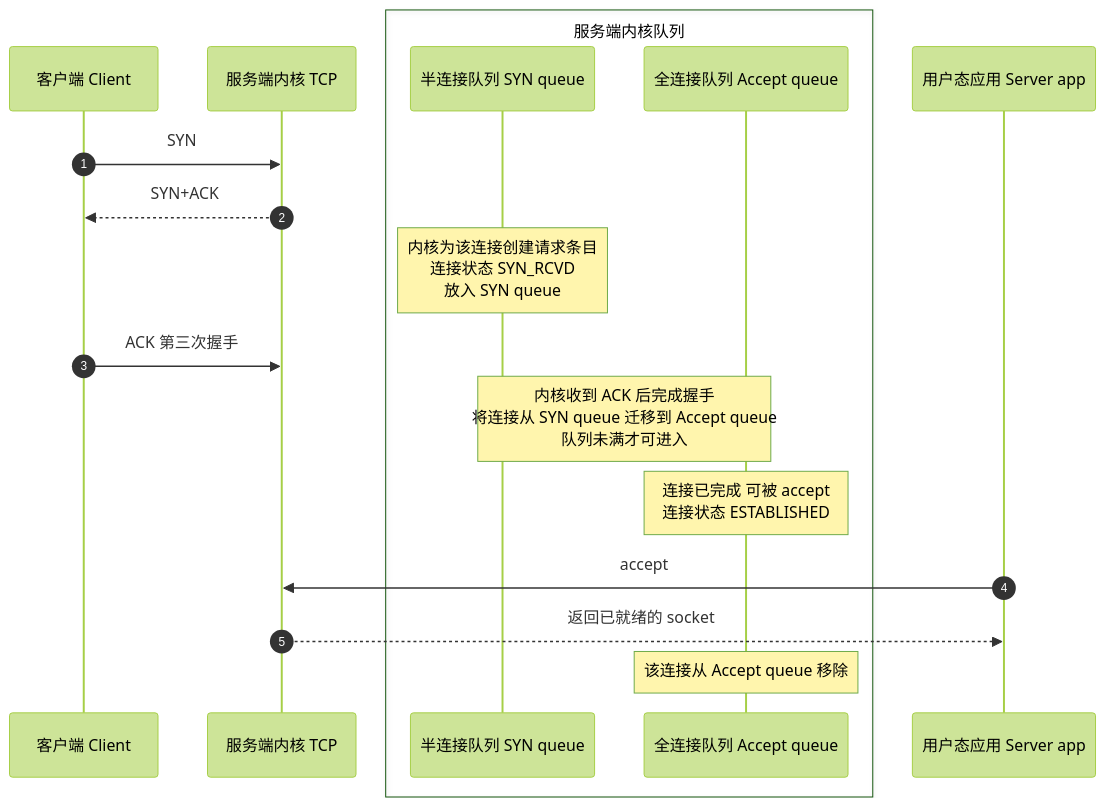
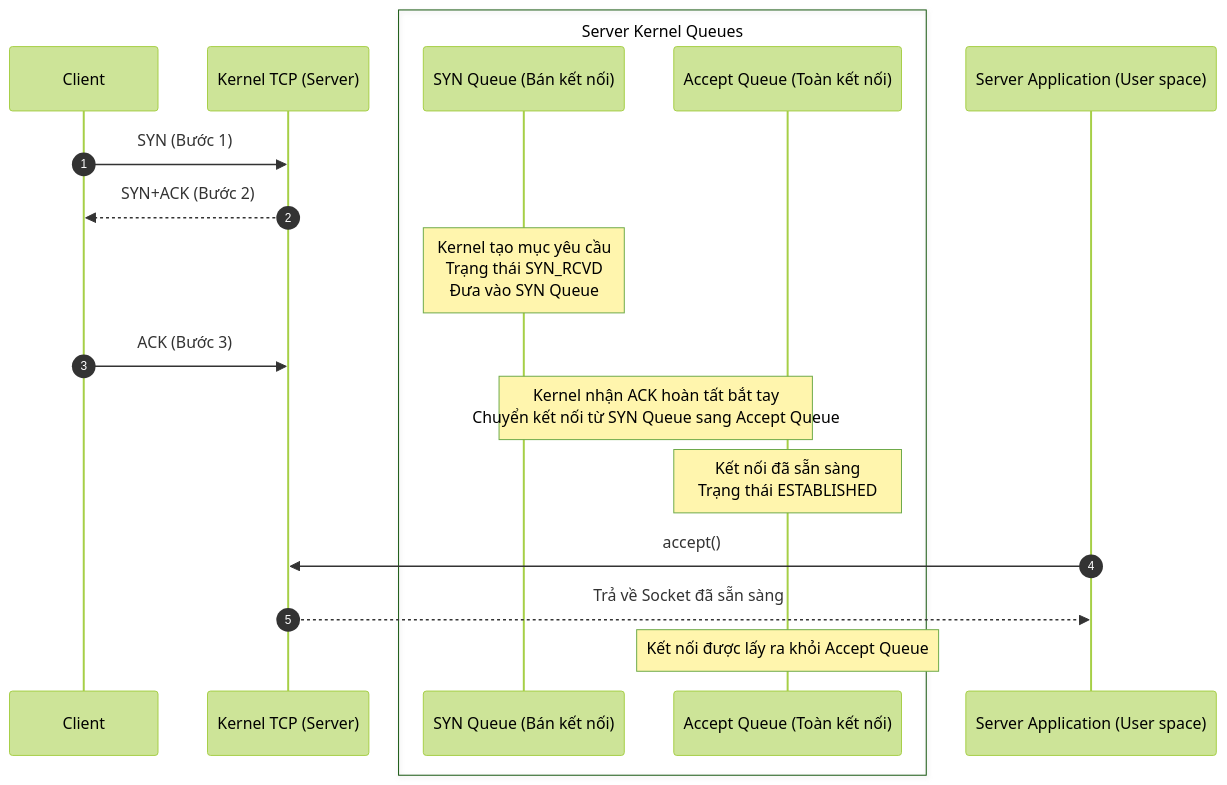
One commit to TINABJan254/test03 changed the diagram in docs/cs-basics/network/tcp-connection-and-disconnection.md. Above: the diagram before and after it, drawn with Mermaid (forest theme). The commit also changed other lines of this file and 23 other files, not shown here.

````diff
--- a/docs/cs-basics/network/tcp-connection-and-disconnection.md
+++ b/docs/cs-basics/network/tcp-connection-and-disconnection.md
@@ -44,23 +46,23 @@
 ```mermaid
 sequenceDiagram
   autonumber
-  participant C as 客户端 Client
-  participant K as 服务端内核 TCP
-  box 服务端内核队列
-    participant SQ as 半连接队列 SYN queue
-    participant AQ as 全连接队列 Accept queue
+  participant C as Client
+  participant K as Kernel TCP (Server)
+  box Server Kernel Queues
+    participant SQ as SYN Queue (Bán kết nối)
+    participant AQ as Accept Queue (Toàn kết nối)
   end
-  participant App as 用户态应用 Server app
+  participant App as Server Application (User space)
 
-  C->>K: SYN
-  K-->>C: SYN+ACK
-  Note over SQ: 内核为该连接创建请求条目<br/>连接状态 SYN_RCVD<br/>放入 SYN queue
+  C->>K: SYN (Bước 1)
+  K-->>C: SYN+ACK (Bước 2)
+  Note over SQ: Kernel tạo mục yêu cầu<br/>Trạng thái SYN_RCVD<br/>Đưa vào SYN Queue
 
-  C->>K: ACK 第三次握手
-  Note over SQ,AQ: 内核收到 ACK 后完成握手<br/>将连接从 SYN queue 迁移到 Accept queue<br/>队列未满才可进入
-  Note over AQ: 连接已完成 可被 accept<br/>连接状态 ESTABLISHED
+  C->>K: ACK (Bước 3)
+  Note over SQ,AQ: Kernel nhận ACK hoàn tất bắt tay<br/>Chuyển kết nối từ SYN Queue sang Accept Queue
+  Note over AQ: Kết nối đã sẵn sàng<br/>Trạng thái ESTABLISHED
 
-  App->>K: accept
-  K-->>App: 返回已就绪的 socket
-  Note over AQ: 该连接从 Accept queue 移除
+  App->>K: accept()
+  K-->>App: Trả về Socket đã sẵn sàng
+  Note over AQ: Kết nối được lấy ra khỏi Accept Queue
 ```
````
